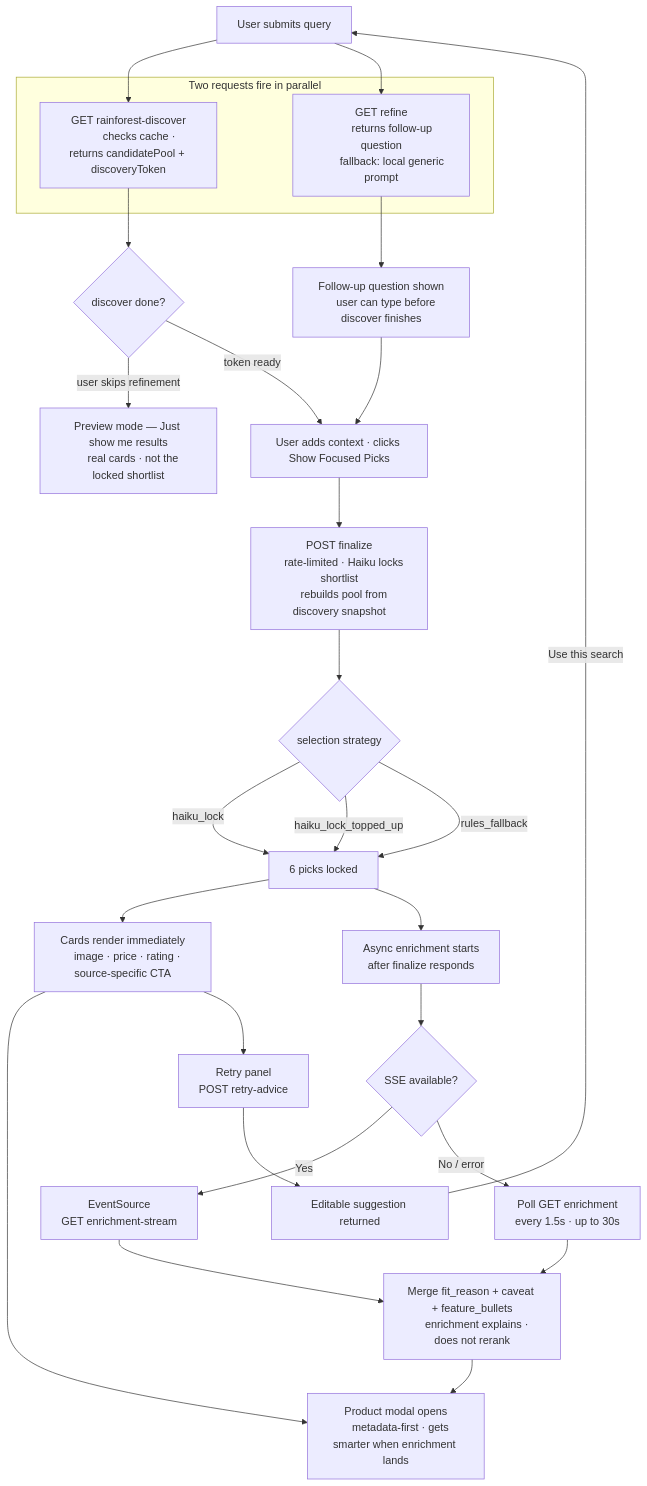
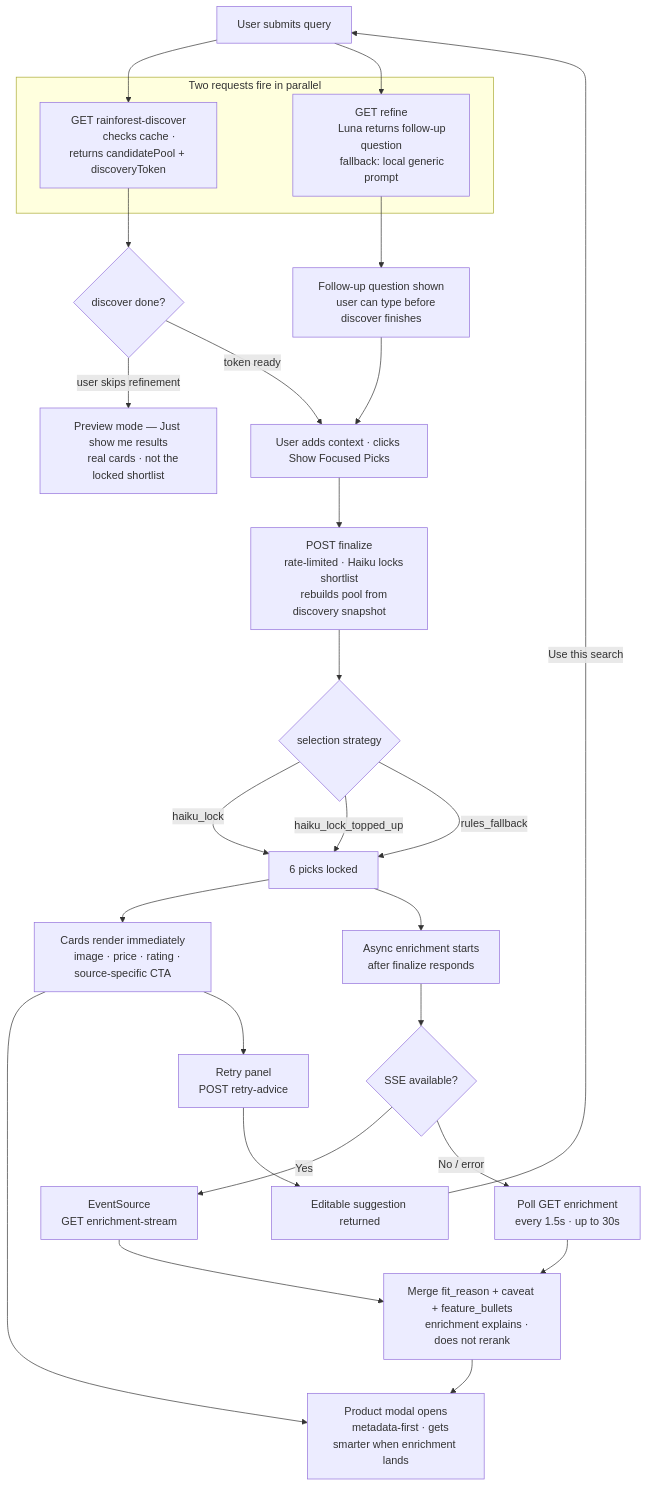
The diagram in project-notes/search-flow.md (ZvickB/focama-web), drawn with Mermaid before and after one commit. The commit also changed other lines of this file and 25 other files, not shown here.

````diff
--- a/project-notes/search-flow.md
+++ b/project-notes/search-flow.md
@@ -9,56 +9,56 @@
 ```mermaid
 flowchart TD
     A[User submits query] --> B & C
 
     subgraph parallel[Two requests fire in parallel]
         B["GET rainforest-discover
         checks cache · returns candidatePool + discoveryToken"]
         C["GET refine
-        returns follow-up question
+        Luna returns follow-up question
         fallback: local generic prompt"]
     end
 
     C --> D[Follow-up question shown
     user can type before discover finishes]
 
     B --> E{discover done?}
 
     E -->|user skips refinement| F["Preview mode — Just show me results
     real cards · not the locked shortlist"]
 
     D --> G[User adds context · clicks Show Focused Picks]
     E -->|token ready| G
 
     G --> H["POST finalize
     rate-limited · Haiku locks shortlist
     rebuilds pool from discovery snapshot"]
 
     H --> I{selection strategy}
     I -->|haiku_lock| J[6 picks locked]
     I -->|haiku_lock_topped_up| J
     I -->|rules_fallback| J
 
     J --> L[Cards render immediately
     image · price · rating · source-specific CTA]
 
     J --> M[Async enrichment starts
     after finalize responds]
 
     M --> N{SSE available?}
     N -->|Yes| O[EventSource
     GET enrichment-stream]
     N -->|No / error| P[Poll GET enrichment
     every 1.5s · up to 30s]
 
     O & P --> Q[Merge fit_reason + caveat + feature_bullets
     enrichment explains · does not rerank]
 
     L --> R[Product modal opens
     metadata-first · gets smarter when enrichment lands]
     Q --> R
 
     L --> S[Retry panel
     POST retry-advice]
     S --> T[Editable suggestion returned]
     T -->|Use this search| A
 ```
````
